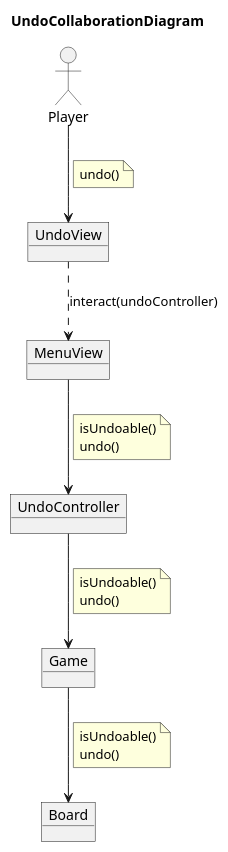
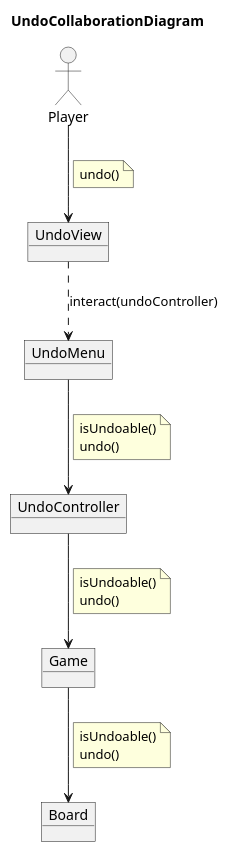
One commit to Master-Desarrollo-20-21/patrones-diseno---practica-final---juego-de-las-damas-fraylopez changed the diagram in docs/src/analysis/use-cases/undo-colab.plantuml. Above: the diagram before and after it, drawn with PlantUML. The commit also changed 5 other files, not shown here.

```diff
--- a/docs/src/analysis/use-cases/undo-colab.plantuml
+++ b/docs/src/analysis/use-cases/undo-colab.plantuml
@@ -1,37 +1,37 @@
 @startuml UndoCollaborationDiagram
 title UndoCollaborationDiagram
 
 allow_mixing
 ' left to right direction
 
 actor Player
-object MenuView
+object UndoMenu
 object UndoView
 object UndoController
 object Game
 object Board
 
 Player --> UndoView
 note on link
     undo()
 end note
-UndoView ..> MenuView : interact(undoController)
-MenuView --> UndoController
+UndoView ..> UndoMenu : interact(undoController)
+UndoMenu --> UndoController
 note on link
     isUndoable()
     undo()
 end note
 
 UndoController --> Game
 note on link
     isUndoable()
     undo()
 end note
 
 Game --> Board
 note on link
     isUndoable()
     undo()
 end note
 
 @enduml
```
